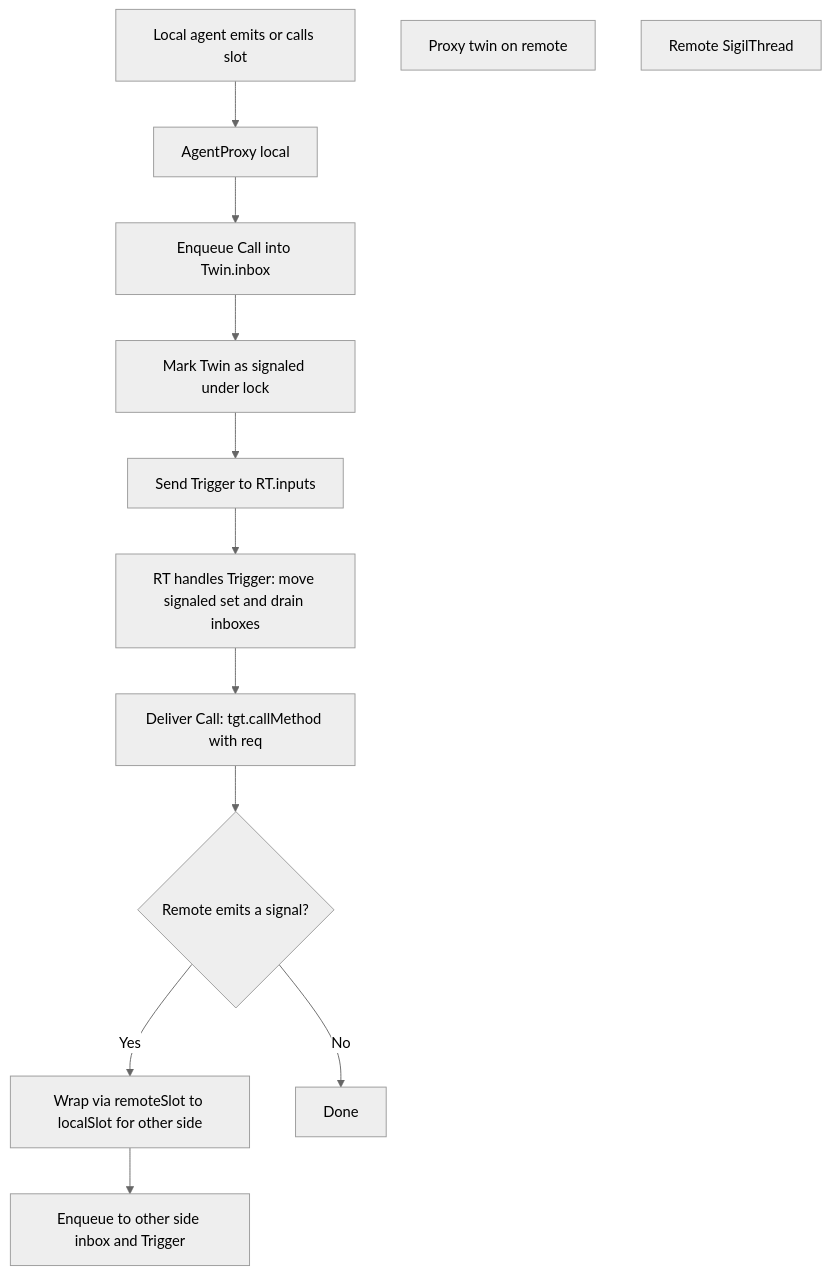
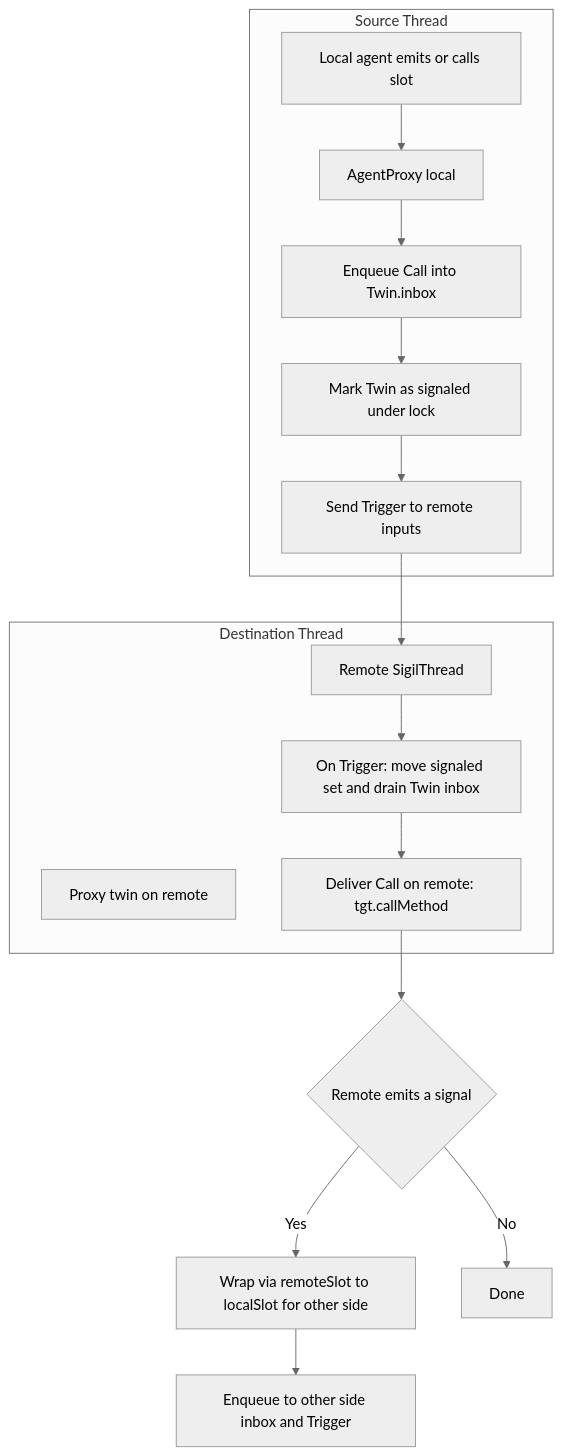
One commit to elcritch/sigils changed the second of 3 diagrams in docs/threading.md. Above: the diagram before and after it, drawn with Mermaid (neutral theme).

Commit message:
add threading docs

````diff
--- a/docs/threading.md
+++ b/docs/threading.md
@@ -191,17 +191,29 @@
 ```mermaid
 flowchart TD
-  Caller[Local agent emits or calls slot];
-  LP[AgentProxy local];
-  Twin[Proxy twin on remote];
-  RT[Remote SigilThread];
-  Caller --> LP;
-  LP --> Enqueue[Enqueue Call into Twin.inbox];
-  Enqueue --> Mark[Mark Twin as signaled under lock];
-  Mark --> Trigger[Send Trigger to RT.inputs];
-  Trigger --> Drain[RT handles Trigger: move signaled set and drain inboxes];
-  Drain --> Deliver[Deliver Call: tgt.callMethod with req];
-  Deliver --> Back{Remote emits a signal?};
+  subgraph ST[Source Thread]
+    Caller[Local agent emits or calls slot];
+    LP[AgentProxy local];
+    Enqueue[Enqueue Call into Twin.inbox];
+    Mark[Mark Twin as signaled under lock];
+    Trigger[Send Trigger to remote inputs];
+    Caller --> LP;
+    LP --> Enqueue;
+    Enqueue --> Mark;
+    Mark --> Trigger;
+  end
+
+  subgraph DT[Destination Thread]
+    Twin[Proxy twin on remote];
+    RT[Remote SigilThread];
+    Drain[On Trigger: move signaled set and drain Twin inbox];
+    Deliver[Deliver Call on remote: tgt.callMethod];
+  end
+
+  Trigger --> RT;
+  RT --> Drain;
+  Drain --> Deliver;
+  Deliver --> Back{Remote emits a signal};
   Back -- Yes --> WrapBack[Wrap via remoteSlot to localSlot for other side];
   WrapBack --> EnqueueBack[Enqueue to other side inbox and Trigger];
   Back -- No --> Done[Done];
 ```
````
